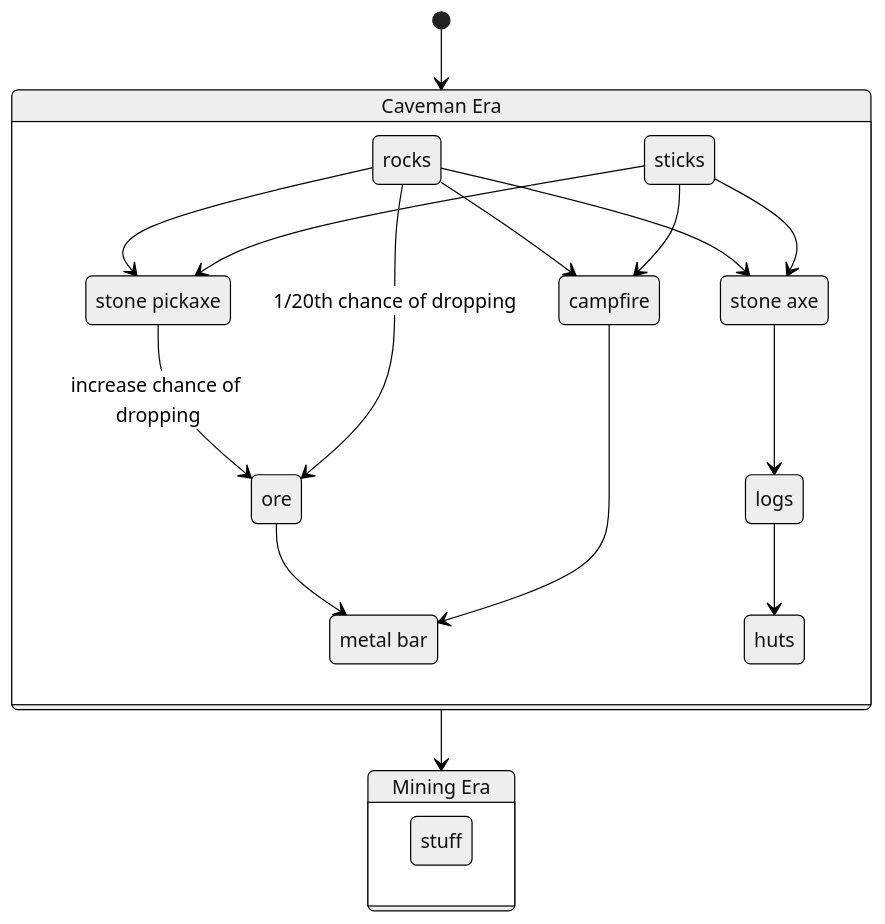
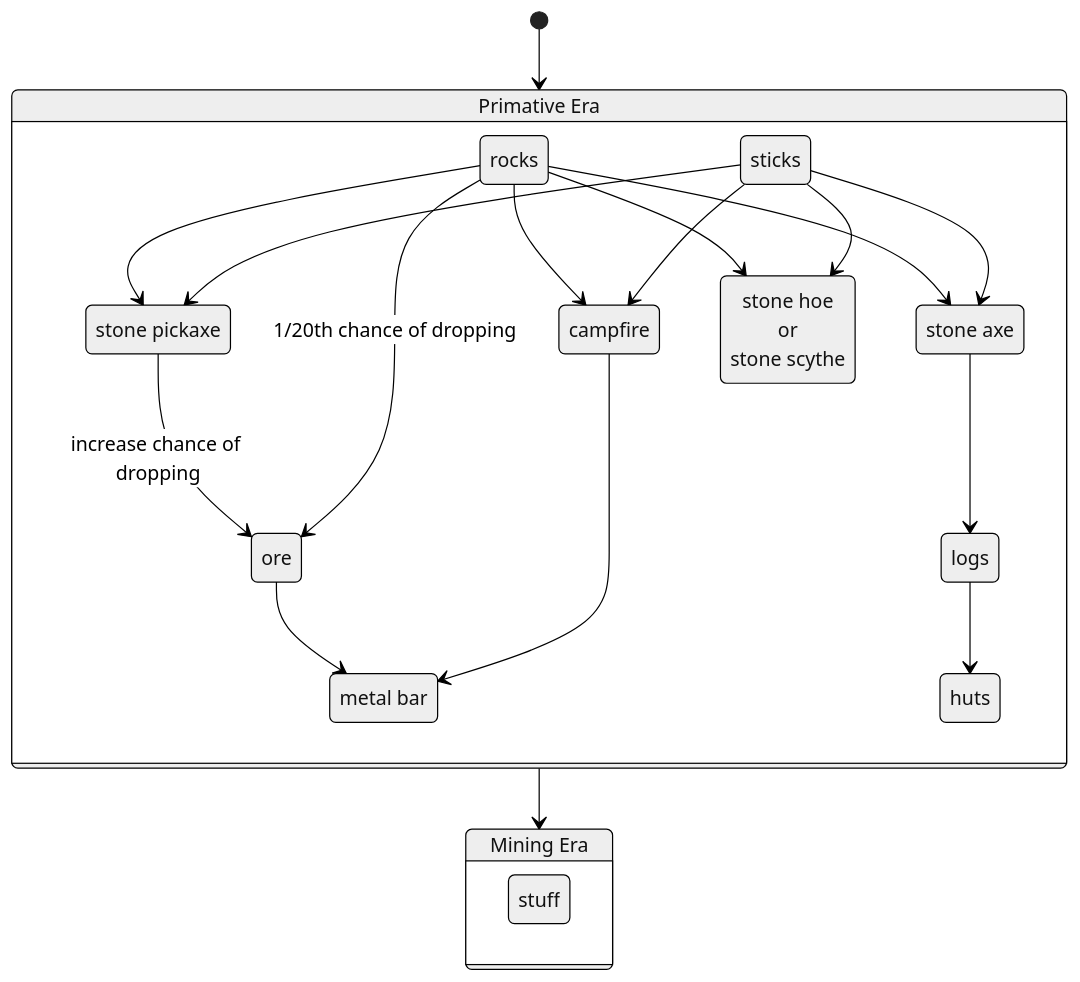
Before and after one commit to ethan-w-foshee/TerraStella: the second of 2 diagrams in FLOWCHART.md, drawn with Mermaid (neutral theme). The commit also changed other lines of this file, not shown here.

Commit message:
Add a branching path, and some rewording of things

````diff
--- a/FLOWCHART.md
+++ b/FLOWCHART.md
@@ -58,47 +64,47 @@
 ```mermaid
 stateDiagram-v2
 
- 1  : Caveman Era
+ 1  : Primative Era
  2  : Mining Era
 
  state 1 {
     1.1a : sticks
     1.1b : rocks
-    1.1c : ore
-    1.1d : campfire
-    1.1e : metal bar
-    1.1f : huts
-    1.1g : stone axe
-    1.1h : logs
-    1.1i : stone pickaxe
+    1.2a : ore
+    1.2b : campfire
+    1.4a : metal bar
+    1.4b : huts
+    1.2d : stone axe
+    1.3a : logs
+    1.2e : stone pickaxe
+    1.2f : stone hoe<br> or <br> stone scythe
 
     %% Main storyline
-    1.1b --> 1.1c : 1/20th chance of dropping
-    1.1d --> 1.1e
-    1.1c --> 1.1e
+    1.1b --> 1.2a : 1/20th chance of dropping
+    1.2b --> 1.4a
+    1.2a --> 1.4a
 
     %% Different things that use both sticks and rocks
-    1.1a --> 1.1d
-    1.1b --> 1.1d
-    1.1a --> 1.1g
-    1.1b --> 1.1g
-    1.1a --> 1.1i
-    1.1b --> 1.1i
+    1.1a --> 1.2b
+    1.1b --> 1.2b
+    1.1a --> 1.2d
+    1.1b --> 1.2d
+    1.1a --> 1.2e
+    1.1b --> 1.2e
+    1.1a --> 1.2f
+    1.1b --> 1.2f
 
     %% Add-ons
-    1.1g --> 1.1h
-    1.1h --> 1.1f
-    1.1i --> 1.1c : increase chance of dropping
+    1.2d --> 1.3a
+    1.3a --> 1.4b
+    1.2e --> 1.2a : increase chance of dropping
  }
-
-
-
 
  state 2 {
     2.1a : stuff
 
  }
 
  [*] --> 1
  1 --> 2
 ```
````
